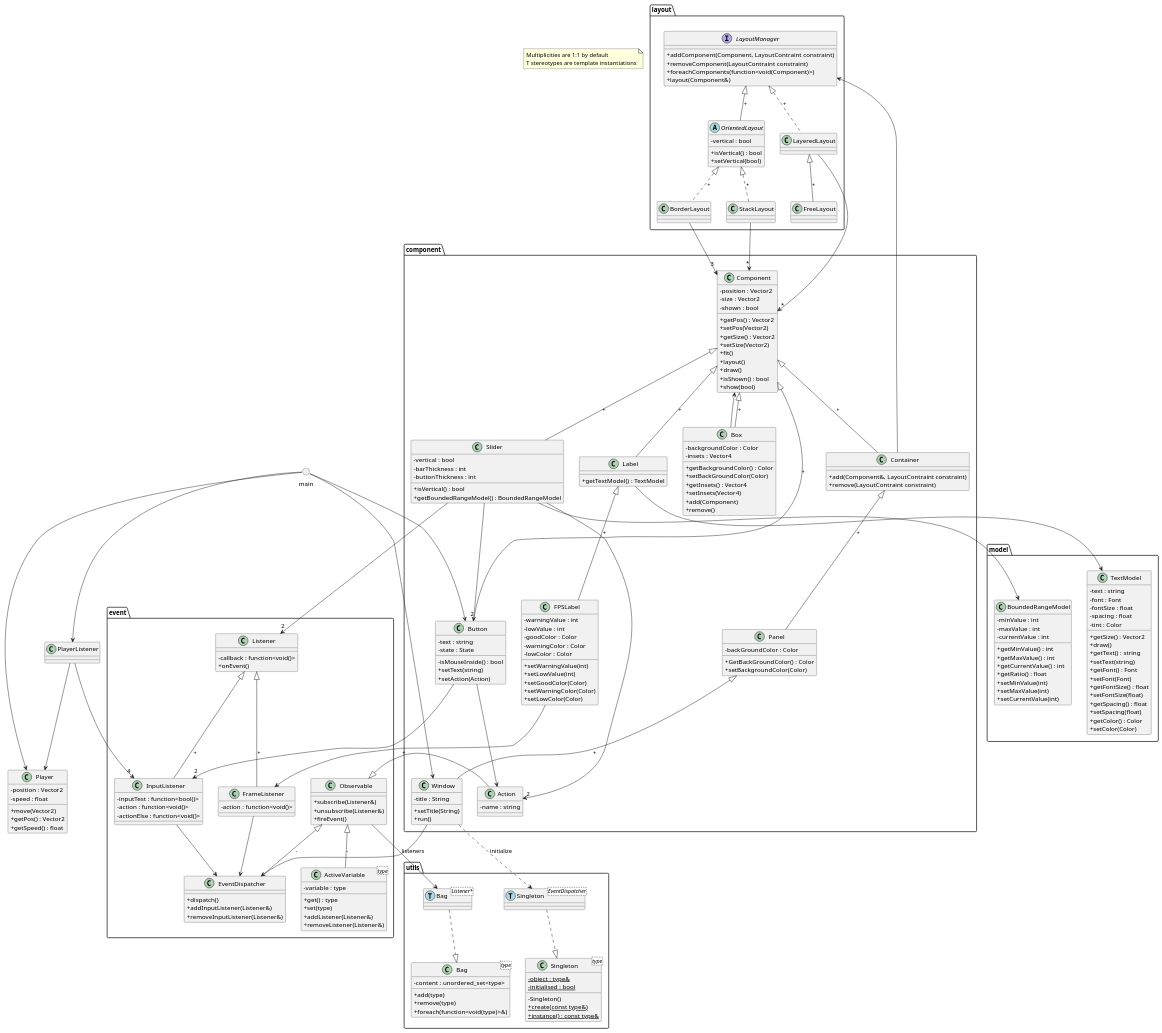
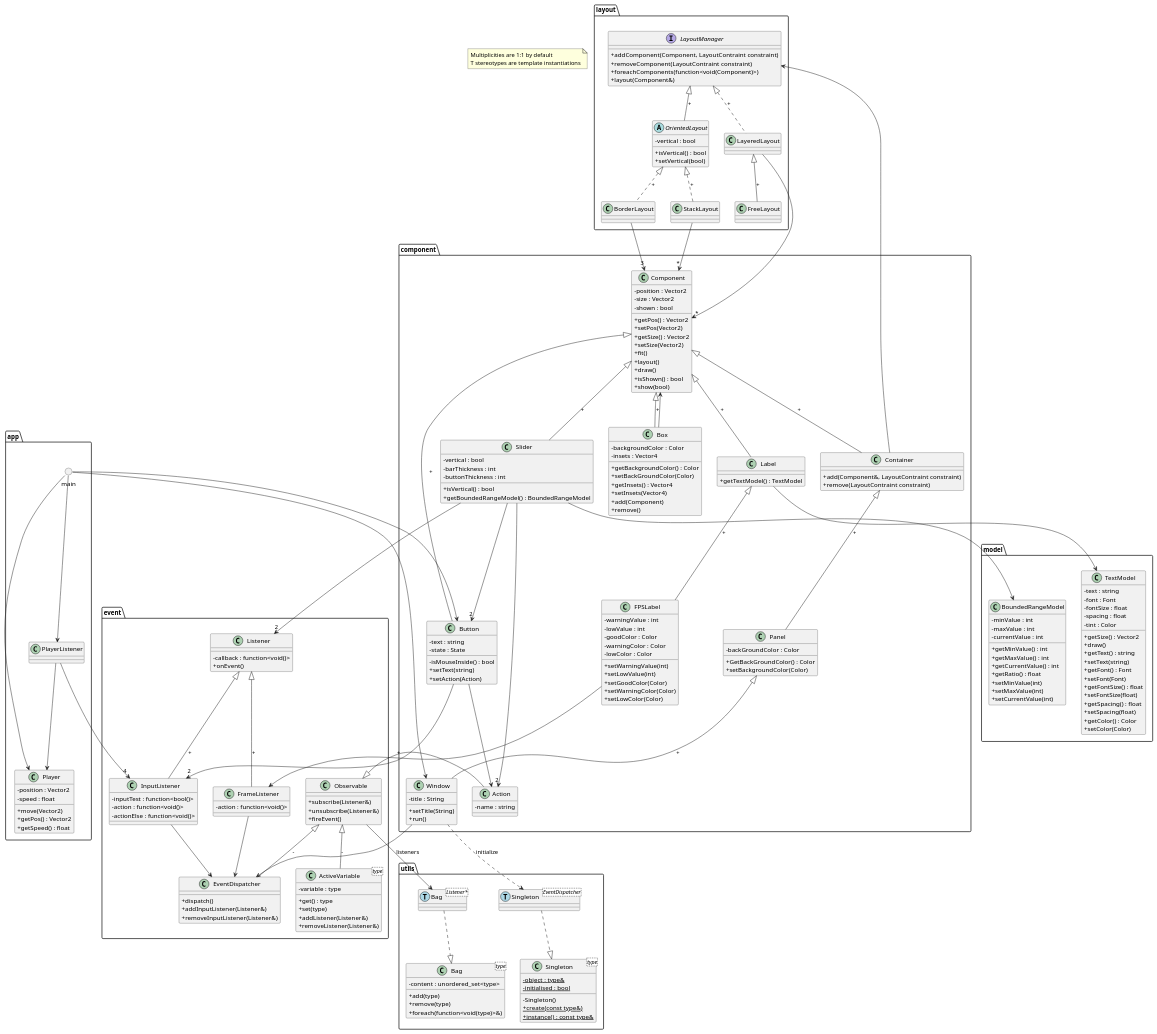
Before and after one commit to julesdupuis/CPP-UI-toolkit: the diagram in project.puml, drawn with PlantUML. The commit also changed 4 other files, not shown here.

Commit message:
moved main files into app package

```diff
--- a/project.puml
+++ b/project.puml
@@ -7,16 +7,18 @@
     T stereotypes are template instantiations
 end note
 
-() main
-class Player{
-    -position : Vector2
-    -speed : float
-    +move(Vector2)
-    +getPos() : Vector2
-    +getSpeed() : float
-}
-class PlayerListener{
+package app{
+    () main
+    class Player{
+        -position : Vector2
+        -speed : float
+        +move(Vector2)
+        +getPos() : Vector2
+        +getSpeed() : float
+    }
+    class PlayerListener{
 
+    }
 }
 
 main --> Player
```
